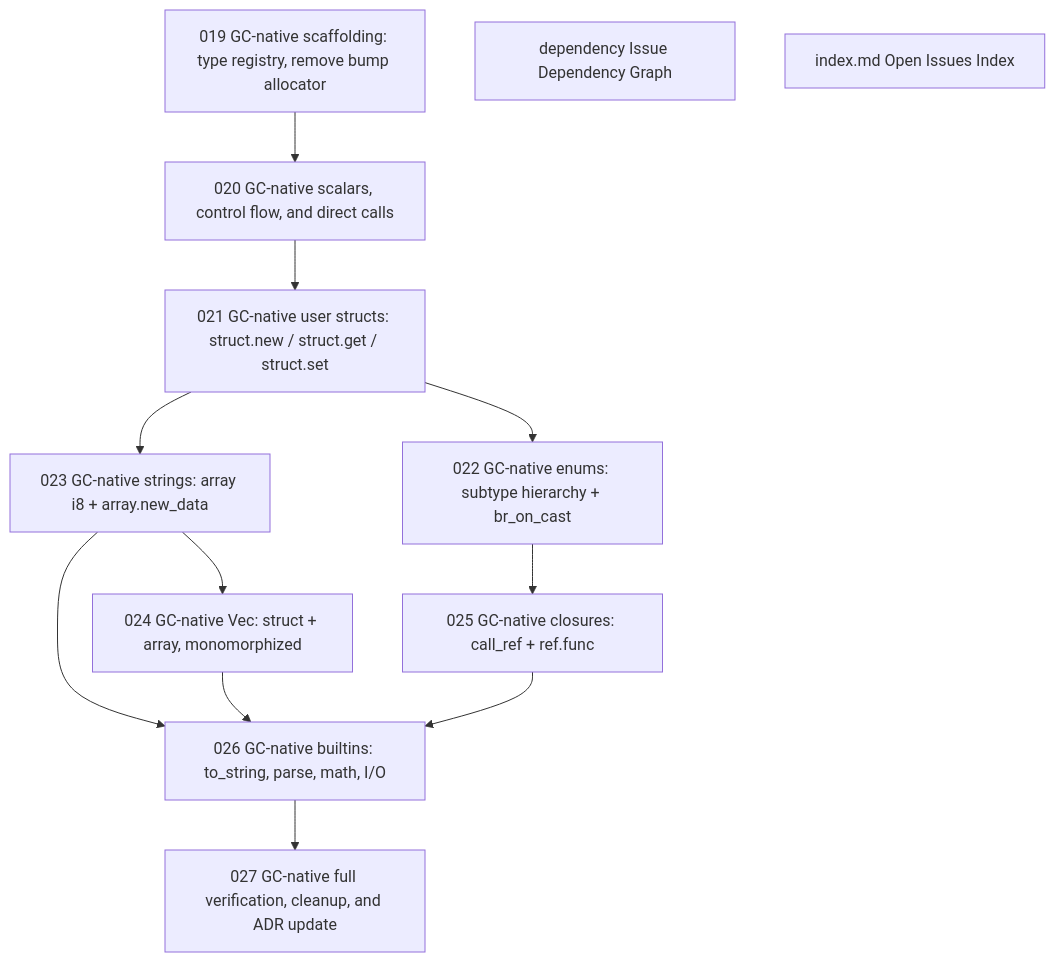
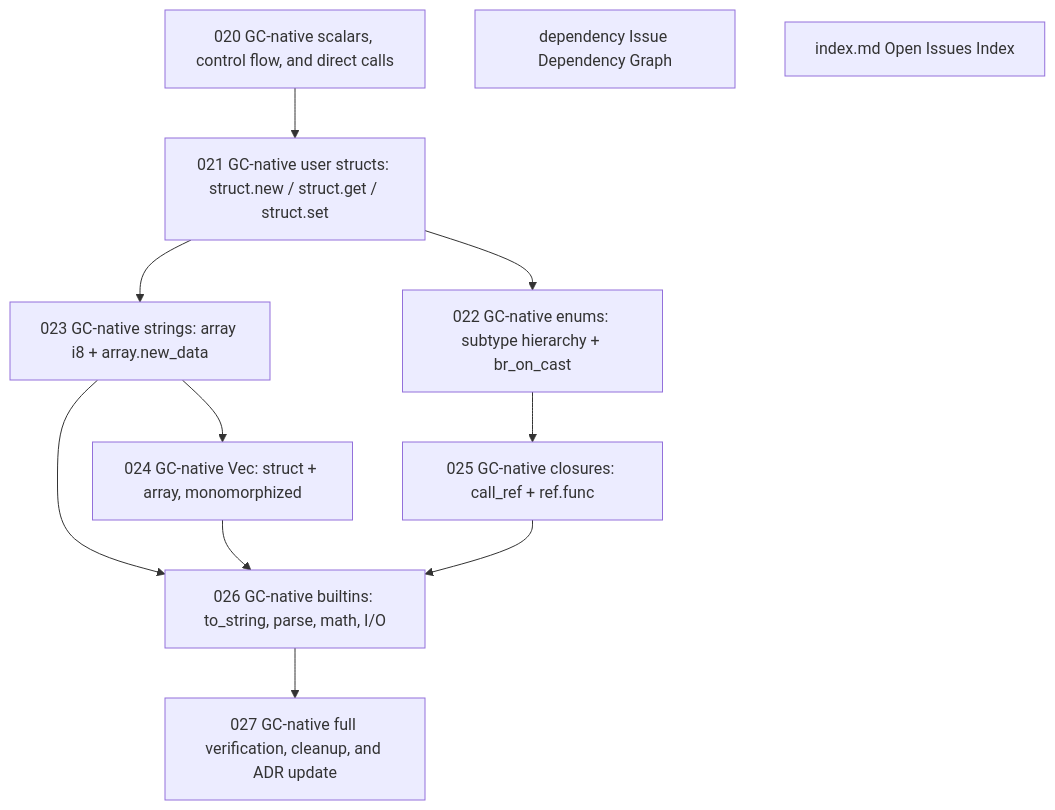
One commit to wogikaze/arukellt changed the diagram in issues/open/dependency-graph.md. Above: the diagram before and after it, drawn with Mermaid. The commit also changed other lines of this file and 8 other files, not shown here.

````diff
--- a/issues/open/dependency-graph.md
+++ b/issues/open/dependency-graph.md
@@ -7,24 +7,22 @@
 ```mermaid
 graph TD
-  I019["019 GC-native scaffolding: type registry, remove bump allocator"]
+  I020["020 GC-native scalars, control flow, and direct calls"]
   Idependency["dependency Issue Dependency Graph"]
   Iindex.md["index.md Open Issues Index"]
-  I020["020 GC-native scalars, control flow, and direct calls"]
   I021["021 GC-native user structs: struct.new / struct.get / struct.set"]
   I022["022 GC-native enums: subtype hierarchy + br_on_cast"]
   I023["023 GC-native strings: array i8 + array.new_data"]
   I025["025 GC-native closures: call_ref + ref.func"]
   I024["024 GC-native Vec<T>: struct + array, monomorphized"]
   I026["026 GC-native builtins: to_string, parse, math, I/O"]
   I027["027 GC-native full verification, cleanup, and ADR update"]
-  I019 --> I020
   I020 --> I021
   I021 --> I022
   I021 --> I023
   I022 --> I025
   I023 --> I024
   I023 --> I026
   I024 --> I026
   I025 --> I026
   I026 --> I027
 ```
````
